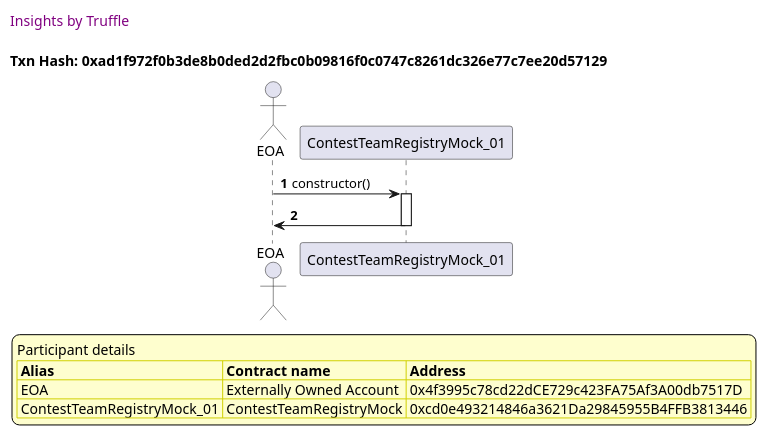
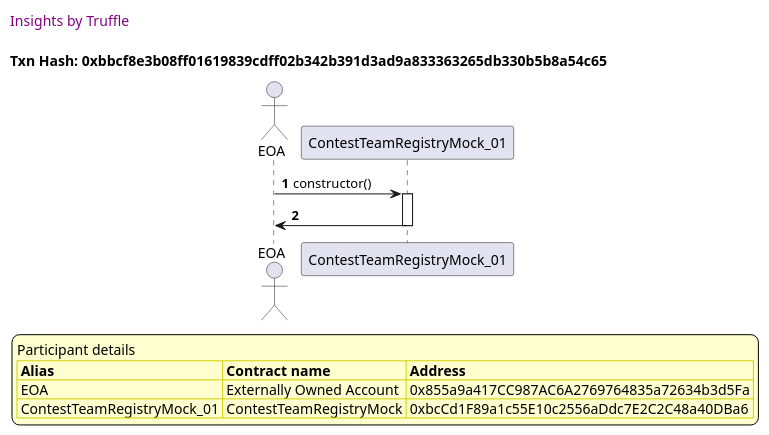
Before and after one commit to fodisi/hackapay: the second of 50 diagrams in truffle-seq/core_contestteamregistry.md, drawn with PlantUML. The commit also changed other lines of this file and 10 other files, not shown here.

````diff
--- a/truffle-seq/core_contestteamregistry.md
+++ b/truffle-seq/core_contestteamregistry.md
@@ -61,37 +61,37 @@
 ```plantuml
 
 
 @startuml
 
 autonumber
 skinparam legendBackgroundColor #FEFECE
 
 <style>
       header {
         HorizontalAlignment left
         FontColor purple
         FontSize 14
         Padding 10
       }
     </style>
 
 header Insights by Truffle
 
-title Txn Hash: 0xad1f972f0b3de8b0ded2d2fbc0b09816f0c0747c8261dc326e77c7ee20d57129
+title Txn Hash: 0xbbcf8e3b08ff01619839cdff02b342b391d3ad9a833363265db330b5b8a54c65
 
 
 actor EOA as "EOA"
 participant ContestTeamRegistryMock_01 as "ContestTeamRegistryMock_01"
 
 "EOA" -> "ContestTeamRegistryMock_01" ++: constructor()
 "ContestTeamRegistryMock_01" -> "EOA" --: 
 
 legend
 Participant details
 <#FEFECE,#D0D000>|= Alias |= Contract name |= Address |
-<#FEFECE>| EOA | Externally Owned Account | 0x4f3995c78cd22dCE729c423FA75Af3A00db7517D |
-<#FEFECE>| ContestTeamRegistryMock_01 | ContestTeamRegistryMock | 0xcd0e493214846a3621Da29845955B4FFB3813446 |
+<#FEFECE>| EOA | Externally Owned Account | 0x855a9a417CC987AC6A2769764835a72634b3d5Fa |
+<#FEFECE>| ContestTeamRegistryMock_01 | ContestTeamRegistryMock | 0xbcCd1F89a1c55E10c2556aDdc7E2C2C48a40DBa6 |
 endlegend
 
 @enduml
 ```
````
